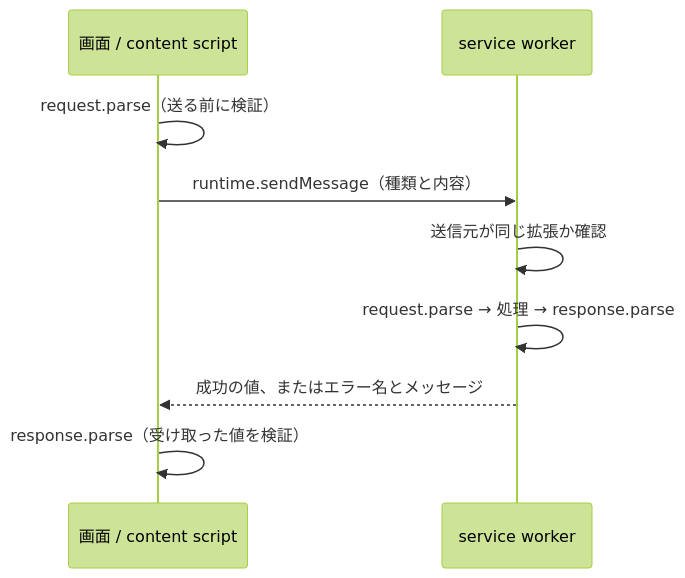
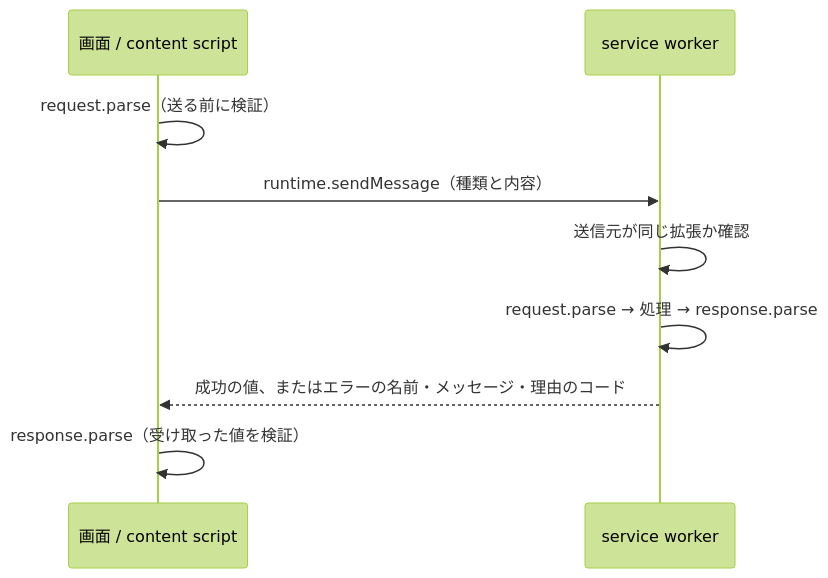
One commit to l-freeze/chrome-ext-base changed the diagram in docs/worker.md. Above: the diagram before and after it, drawn with Mermaid (forest theme). The commit also changed other lines of this file and 7 other files, not shown here.

````diff
--- a/docs/worker.md
+++ b/docs/worker.md
@@ -63,11 +63,11 @@
 ```mermaid
 sequenceDiagram
   participant Caller as 画面 / content script
   participant Worker as service worker
   Caller->>Caller: request.parse（送る前に検証）
   Caller->>Worker: runtime.sendMessage（種類と内容）
   Worker->>Worker: 送信元が同じ拡張か確認
   Worker->>Worker: request.parse → 処理 → response.parse
-  Worker-->>Caller: 成功の値、またはエラー名とメッセージ
+  Worker-->>Caller: 成功の値、またはエラーの名前・メッセージ・理由のコード
   Caller->>Caller: response.parse（受け取った値を検証）
 ```
````
